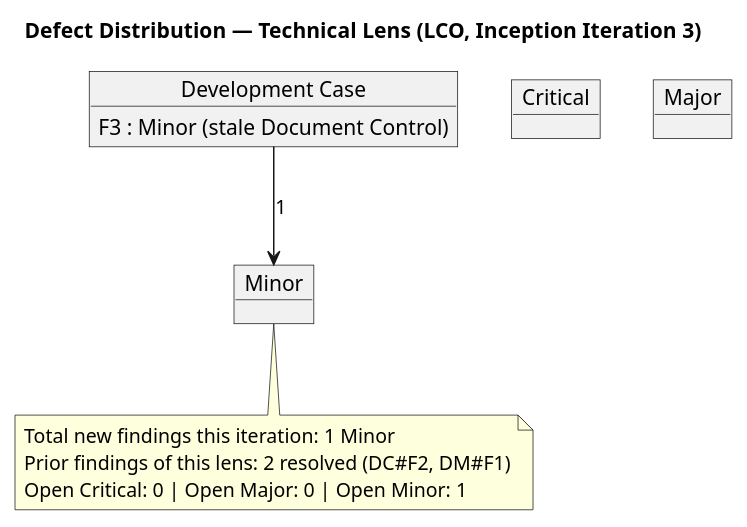
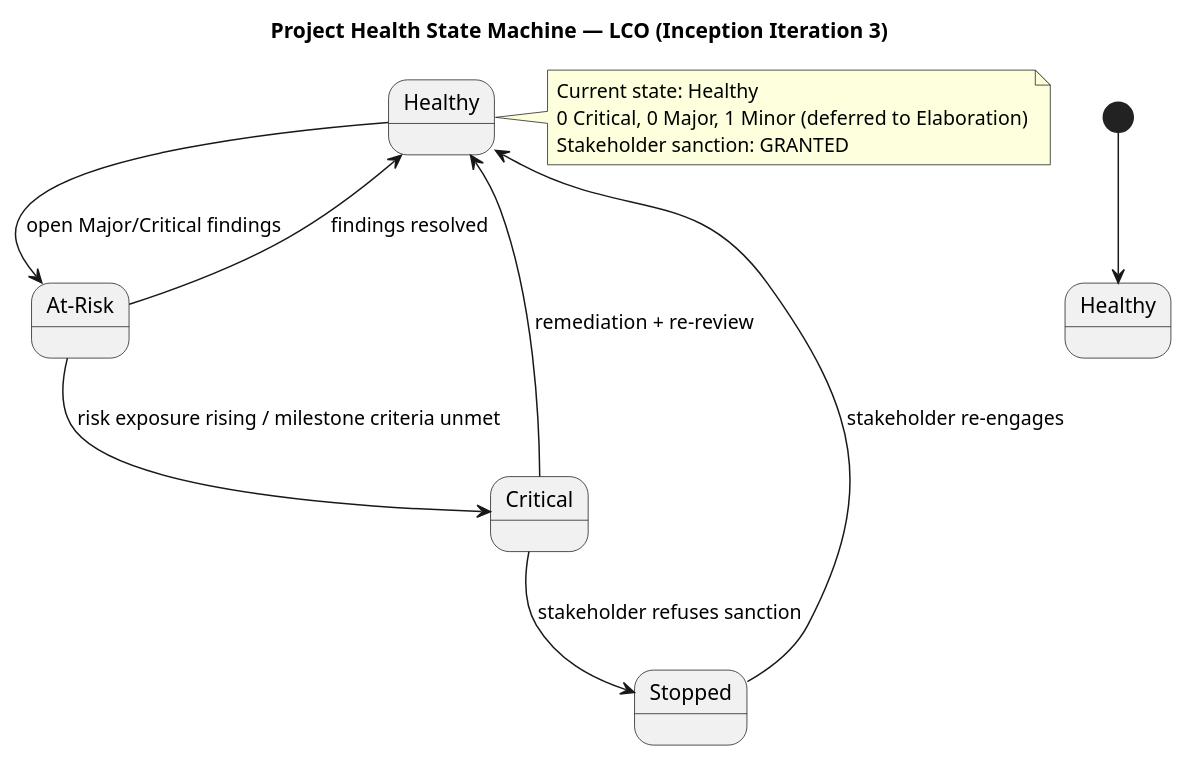
One commit to banense-test/trademe changed the second of 2 diagrams in docs/artifacts/project-management/review-record.md. Above: the diagram before and after it, drawn with PlantUML. The commit also changed other lines of this file, not shown here.

First line of the commit message:
Management Reviewer [I3]: upsert Review Record

````diff
--- a/docs/artifacts/project-management/review-record.md
+++ b/docs/artifacts/project-management/review-record.md
@@ -177,21 +49,25 @@
 ```plantuml
 @startuml
-title Defect Distribution — Technical Lens (LCO, Inception Iteration 3)
+title Project Health State Machine — LCO (Inception Iteration 3)
 
-object "Development Case" as DC {
-  F3 : Minor (stale Document Control)
-}
+[*] --> Healthy
 
-object "Critical" as CRIT
-object "Major" as MAJ
-object "Minor" as MIN
+state "Healthy" as H
+state "At-Risk" as AR
+state "Critical" as CR
+state "Stopped" as ST
 
-DC --> MIN : 1
+H --> AR : open Major/Critical findings
+AR --> H : findings resolved
+AR --> CR : risk exposure rising / milestone criteria unmet
+CR --> ST : stakeholder refuses sanction
+CR --> H : remediation + re-review
+ST --> H : stakeholder re-engages
 
-note bottom of MIN
-  Total new findings this iteration: 1 Minor
-  Prior findings of this lens: 2 resolved (DC#F2, DM#F1)
-  Open Critical: 0 | Open Major: 0 | Open Minor: 1
+note right of H
+  Current state: Healthy
+  0 Critical, 0 Major, 1 Minor (deferred to Elaboration)
+  Stakeholder sanction: GRANTED
 end note
 @enduml
 ```
````
